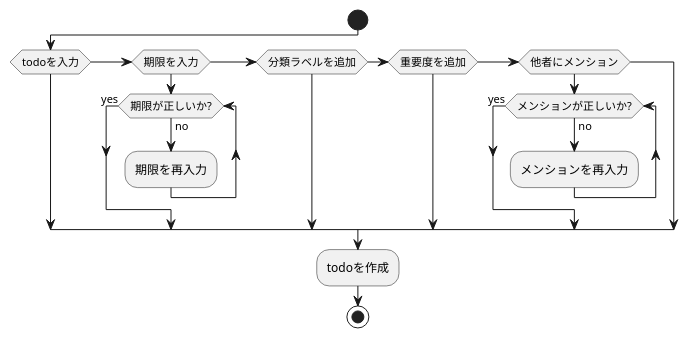
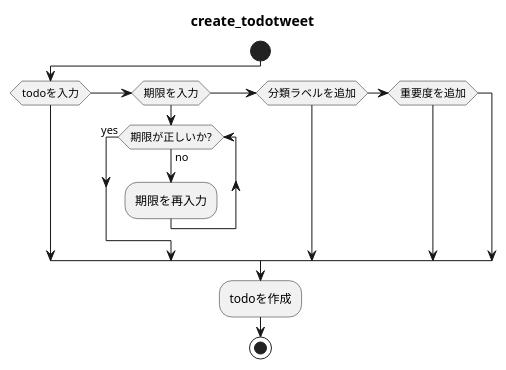
Before and after one commit to op19-it-edu/base-docs: the diagram in activity_diagram/activity_diagram_create_todotweet.pu, drawn with PlantUML. The commit also changed 3 other files, not shown here.

```diff
--- a/activity_diagram/activity_diagram_create_todotweet.pu
+++ b/activity_diagram/activity_diagram_create_todotweet.pu
@@ -1,29 +1,25 @@
 @startuml
+title: create_todotweet
 
 |user|
 
 start
 
 if (todoを入力) then 
 
 elseif (期限を入力)
   while(期限が正しいか?) is (no)
     :期限を再入力;
   endwhile (yes)
 
 elseif (分類ラベルを追加)
 
 elseif (重要度を追加)
 
-elseif (他者にメンション)
-  while(メンションが正しいか?) is (no)
-    :メンションを再入力;
-  endwhile (yes)
-
 endif
 
 :todoを作成;
 
 stop
 
 @enduml
```
